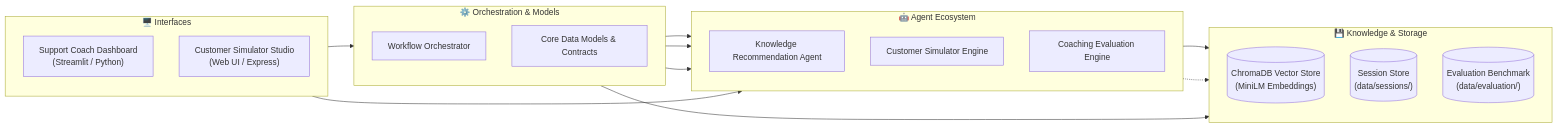
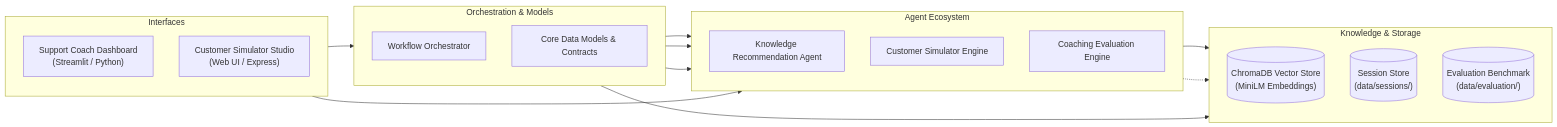
One commit to spoortibiradar8/customer-support-coach changed the diagram in README.md. Above: the diagram before and after it, drawn with Mermaid. The commit also changed other lines of this file, not shown here.

````diff
--- a/README.md
+++ b/README.md
@@ -24,37 +24,37 @@
 ```mermaid
 flowchart LR
-    subgraph UI["🖥️ Interfaces"]
+    subgraph UI["Interfaces"]
         direction TB
         Streamlit["Support Coach Dashboard\n(Streamlit / Python)"]
         Simulator["Customer Simulator Studio\n(Web UI / Express)"]
     end
 
-    subgraph Core["⚙️ Orchestration & Models"]
+    subgraph Core["Orchestration & Models"]
         direction TB
         Orch["Workflow Orchestrator"]
         Models["Core Data Models & Contracts"]
     end
 
-    subgraph Agents["🤖 Agent Ecosystem"]
+    subgraph Agents["Agent Ecosystem"]
         direction TB
         KA["Knowledge Recommendation Agent"]
         CS["Customer Simulator Engine"]
         CE["Coaching Evaluation Engine"]
     end
 
-    subgraph Storage["💾 Knowledge & Storage"]
+    subgraph Storage["Knowledge & Storage"]
         direction TB
         Chroma[("ChromaDB Vector Store\n(MiniLM Embeddings)")]
         Sessions[("Session Store\n(data/sessions/)")]
         EvalData[("Evaluation Benchmark\n(data/evaluation/)")]
     end
 
     Streamlit --> Orch
     Simulator --> CS
     Orch --> KA
     Orch --> CS
     Orch --> CE
     KA --> Chroma
     KA -.-> EvalData
     Orch --> Sessions
 ```
````
